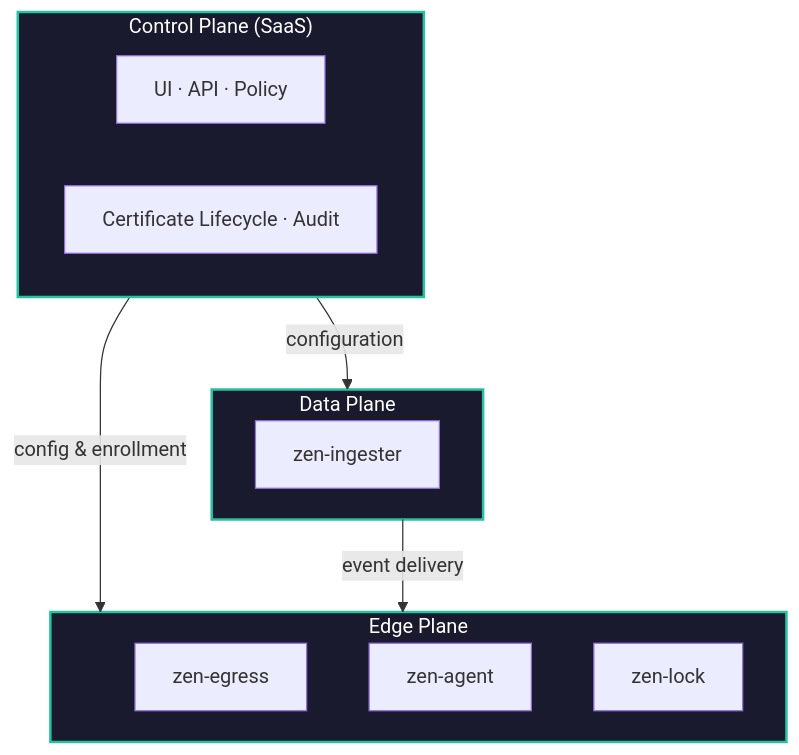
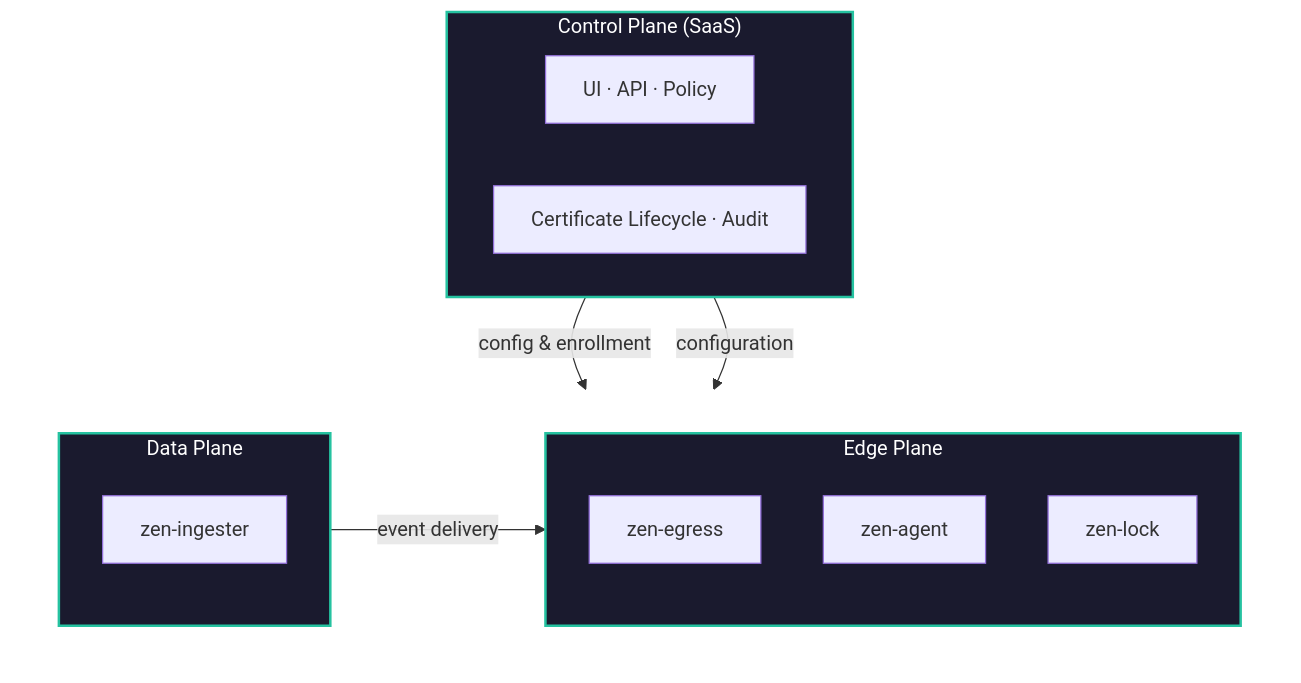
One commit to zenmesh/docs changed the diagram in docs/architecture/overview.md. Above: the diagram before and after it, drawn with Mermaid.

Commit message:
fix diagram: nest data+edge in invisible container to force side-by-side

````diff
--- a/docs/architecture/overview.md
+++ b/docs/architecture/overview.md
@@ -11,27 +11,28 @@
 ```mermaid
 flowchart TD
     subgraph CP["Control Plane (SaaS)"]
         UI["UI · API · Policy"]
         CERT["Certificate Lifecycle · Audit"]
     end
 
-    subgraph DP["Data Plane"]
-        ING["zen-ingester"]
-    end
-
-    subgraph EP["Edge Plane"]
-        EGR["zen-egress"]
-        AGT["zen-agent"]
-        LCK["zen-lock"]
+    subgraph runtime[" "]
+        direction LR
+        subgraph DP["Data Plane"]
+            ING["zen-ingester"]
+        end
+        subgraph EP["Edge Plane"]
+            EGR["zen-egress"]
+            AGT["zen-agent"]
+            LCK["zen-lock"]
+        end
     end
 
     CP -->|"config & enrollment"| EP
     CP -->|"configuration"| DP
     DP -->|"event delivery"| EP
 
-    ING ~~~ EGR
-
     style CP fill:#1a1a2e,stroke:#25c2a0,stroke-width:2px,color:#fff
     style DP fill:#1a1a2e,stroke:#25c2a0,stroke-width:2px,color:#fff
     style EP fill:#1a1a2e,stroke:#25c2a0,stroke-width:2px,color:#fff
+    style runtime fill:none,stroke:none
 ```
````
